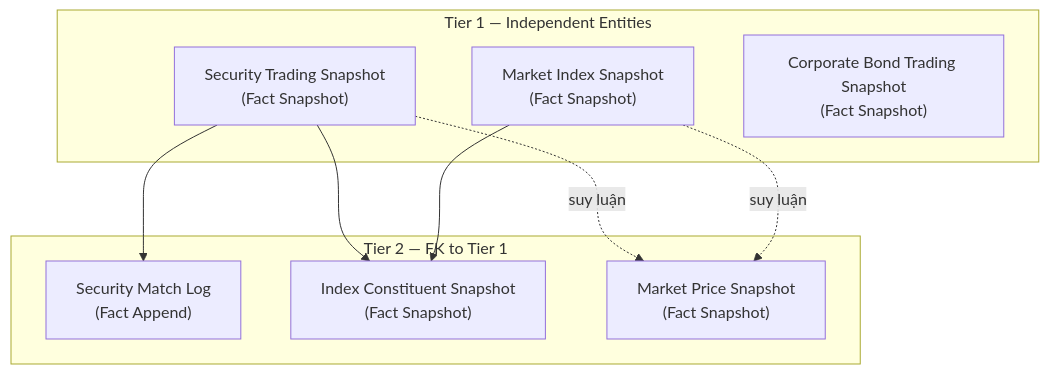
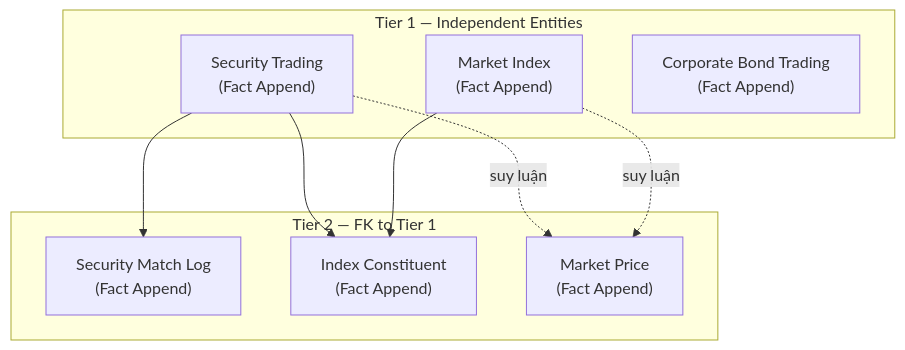
One commit to linhlvit/ubck_atomic_design changed the first of 2 diagrams in DataModel/working/Atomic/hld/MDDS_HLD_Overview.md. Above: the diagram before and after it, drawn with Mermaid. The commit also changed other lines of this file and 16 other files, not shown here.

First line of the commit message:
refactor(MDDS): doi table_type sang Fact Append va chuan hoa ten entity

````diff
--- a/DataModel/working/Atomic/hld/MDDS_HLD_Overview.md
+++ b/DataModel/working/Atomic/hld/MDDS_HLD_Overview.md
@@ -26,20 +26,20 @@
 ```mermaid
 graph TD
     subgraph T1["Tier 1 — Independent Entities"]
-        E1["Security Trading Snapshot\n(Fact Snapshot)"]
-        E2["Market Index Snapshot\n(Fact Snapshot)"]
-        E3["Corporate Bond Trading Snapshot\n(Fact Snapshot)"]
+        E1["Security Trading\n(Fact Append)"]
+        E2["Market Index\n(Fact Append)"]
+        E3["Corporate Bond Trading\n(Fact Append)"]
     end
 
     subgraph T2["Tier 2 — FK to Tier 1"]
         E4["Security Match Log\n(Fact Append)"]
-        E5["Index Constituent Snapshot\n(Fact Snapshot)"]
-        E6["Market Price Snapshot\n(Fact Snapshot)"]
+        E5["Index Constituent\n(Fact Append)"]
+        E6["Market Price\n(Fact Append)"]
     end
 
     E1 --> E4
     E1 --> E5
     E2 --> E5
     E1 -.->|suy luận| E6
     E2 -.->|suy luận| E6
 ```
````
